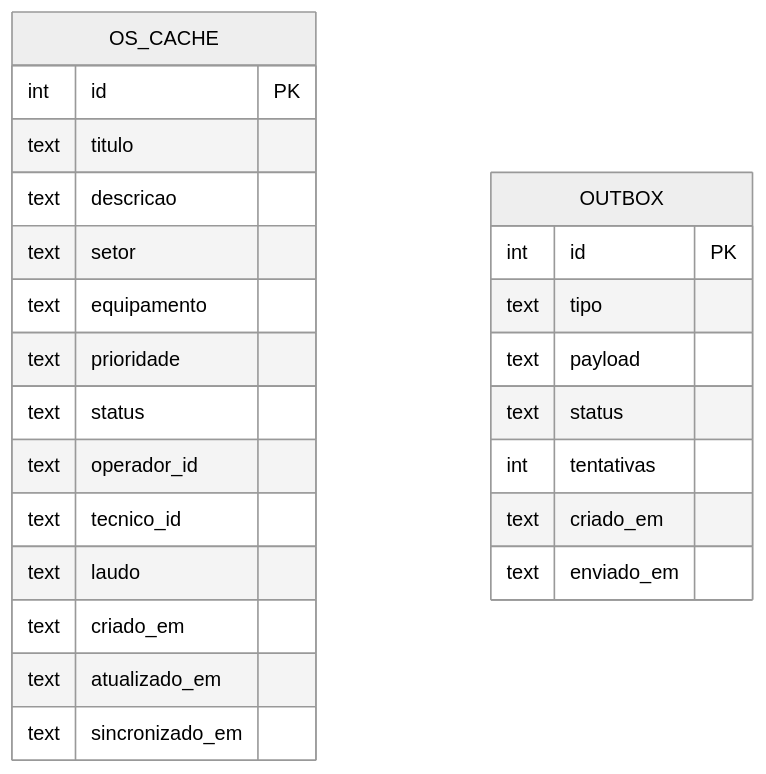
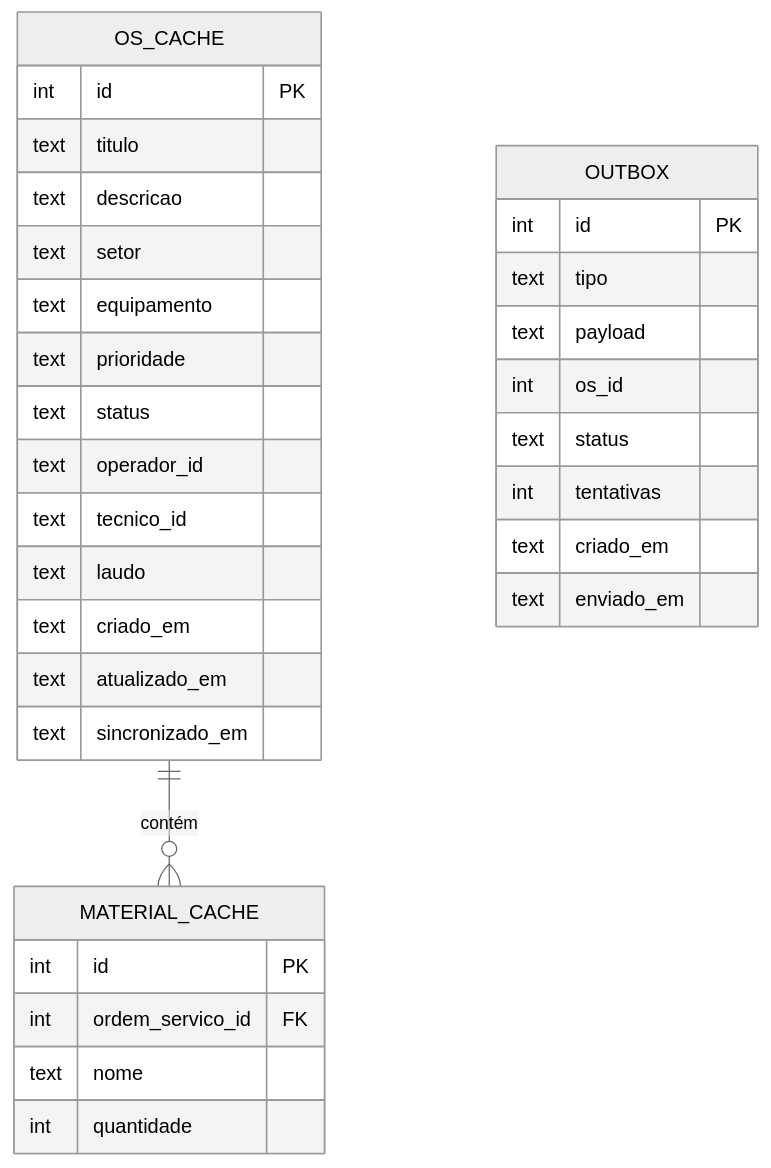
Before and after one commit to art1544/PlantOS-LAMD: the ninth of 11 diagrams in docs/sprint1/arquitetura.md, drawn with Mermaid (neutral theme). The commit also changed other lines of this file and 36 other files, not shown here.

````diff
--- a/docs/sprint1/arquitetura.md
+++ b/docs/sprint1/arquitetura.md
@@ -779,28 +880,38 @@
 ```mermaid
 erDiagram
     OS_CACHE {
         int id PK
         text titulo
         text descricao
         text setor
         text equipamento
         text prioridade
         text status
         text operador_id
         text tecnico_id
         text laudo
         text criado_em
         text atualizado_em
         text sincronizado_em
     }
 
+    MATERIAL_CACHE {
+        int id PK
+        int ordem_servico_id FK
+        text nome
+        int quantidade
+    }
+
     OUTBOX {
         int id PK
         text tipo
         text payload
+        int os_id
         text status
         int tentativas
         text criado_em
         text enviado_em
     }
+
+    OS_CACHE ||--o{ MATERIAL_CACHE : "contém"
 ```
````
